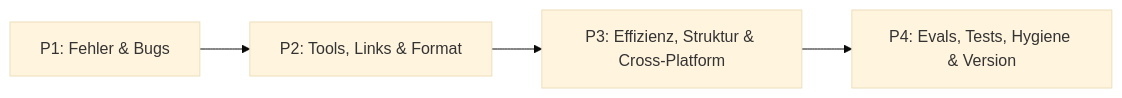
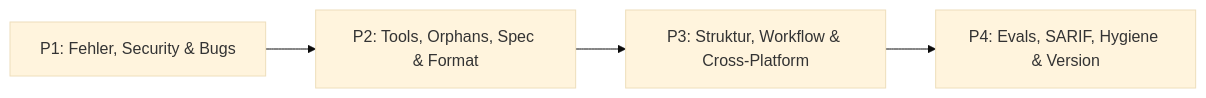
Before and after one commit to GermanAutodidact/skill-verbesserungsanalyse: the diagram in references/BERICHT_VORLAGE.md, drawn with Mermaid (base theme). The commit also changed other lines of this file and 11 other files, not shown here.

Commit message:
v1.4-DE: Security/Unicode/AST scanner, BFS orphans, agentskills spec, contamination, workflow/eval lint & SARIF 2.1.0

````diff
--- a/references/BERICHT_VORLAGE.md
+++ b/references/BERICHT_VORLAGE.md
@@ -45,6 +46,6 @@
 ```mermaid
 flowchart LR
-  A["P1: Fehler & Bugs"] --> B["P2: Tools, Links & Format"]
-  B --> C["P3: Effizienz, Struktur & Cross-Platform"]
-  C --> D["P4: Evals, Tests, Hygiene & Version"]
+  A["P1: Fehler, Security & Bugs"] --> B["P2: Tools, Orphans, Spec & Format"]
+  B --> C["P3: Struktur, Workflow & Cross-Platform"]
+  C --> D["P4: Evals, SARIF, Hygiene & Version"]
 ```
````
